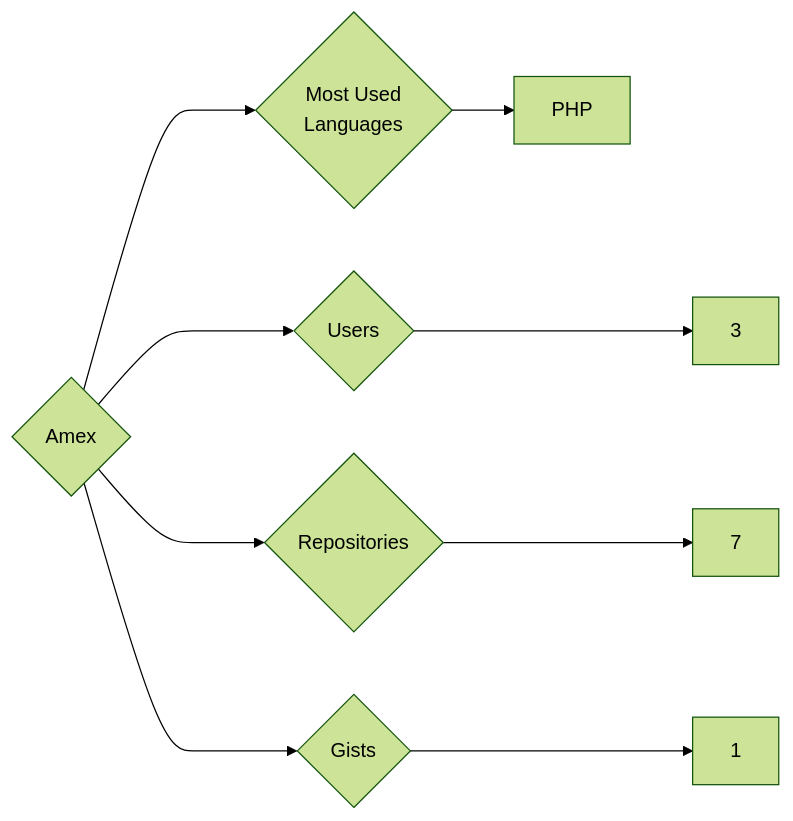
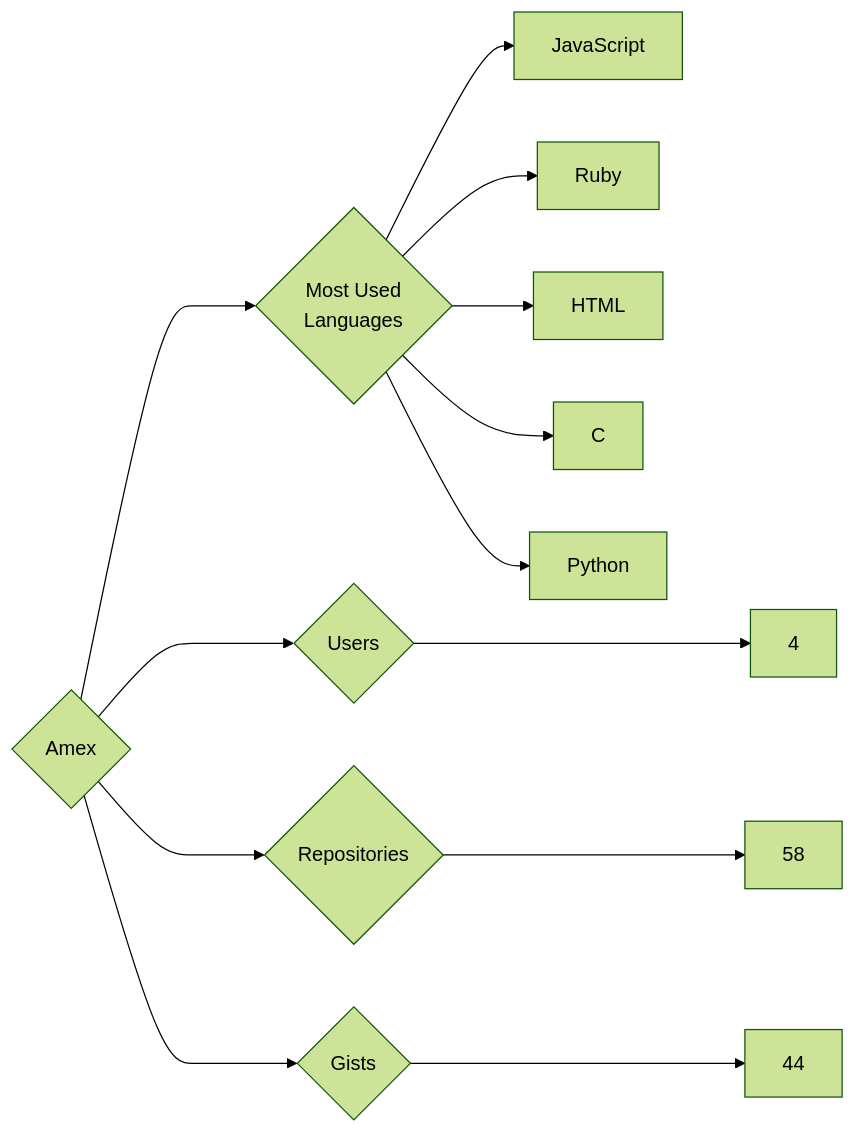
One commit to trickest/insiders changed the diagram in targets/Amex/README.md. Above: the diagram before and after it, drawn with Mermaid (forest theme). The commit also changed 880 other files, not shown here.

````diff
--- a/targets/Amex/README.md
+++ b/targets/Amex/README.md
@@ -3,9 +3,13 @@
 ```mermaid
 graph LR
 COMPANY_NAME{Amex}
-COMPANY_NAME ---> U{Users} ---> UN[3]
-COMPANY_NAME ---> R{Repositories} ---> RN[7]
-COMPANY_NAME ---> G{Gists} ---> GN[1]
+COMPANY_NAME ---> U{Users} ---> UN[4]
+COMPANY_NAME ---> R{Repositories} ---> RN[58]
+COMPANY_NAME ---> G{Gists} ---> GN[44]
 COMPANY_NAME ---> ML{Most Used<br>Languages}
-ML --> PHP[PHP]
+ML --> JavaScript[JavaScript]
+ML --> Ruby[Ruby]
+ML --> HTML[HTML]
+ML --> C[C]
+ML --> Python[Python]
 ```
````
